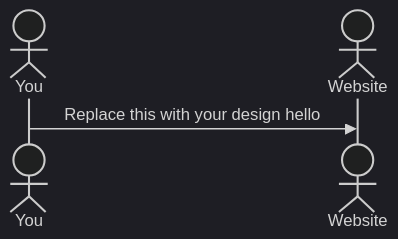
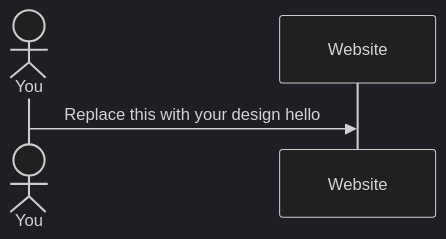
Before and after one commit to LautyZ05/startup: the diagram in README.md, drawn with Mermaid (dark theme).

Commit message:
Testing diagram again

````diff
--- a/README.md
+++ b/README.md
@@ -40,6 +40,6 @@
 ```mermaid
 sequenceDiagram
     actor You
-    actor Website
+    
     You->>Website: Replace this with your design hello
 ```
````
